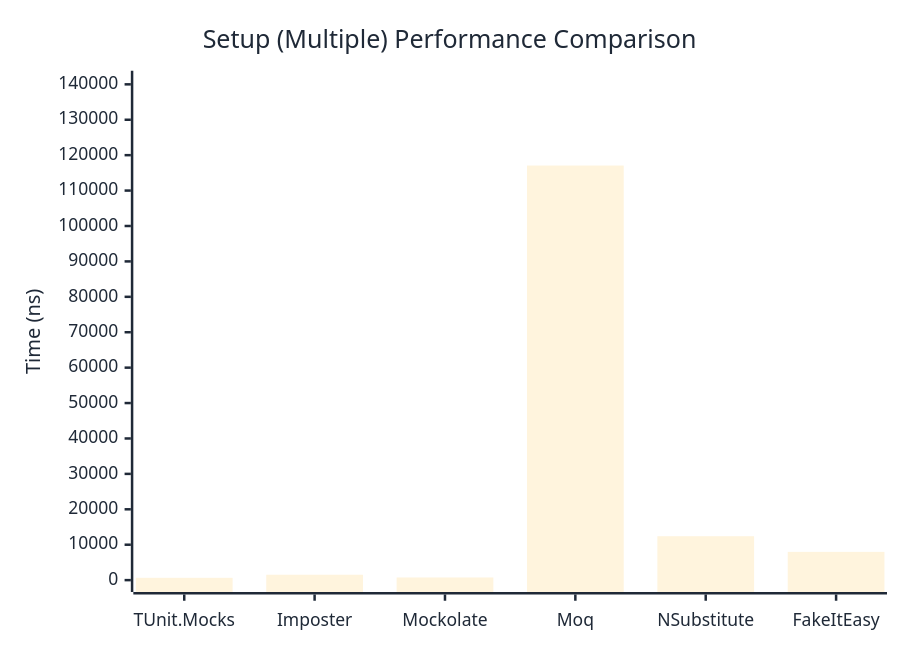
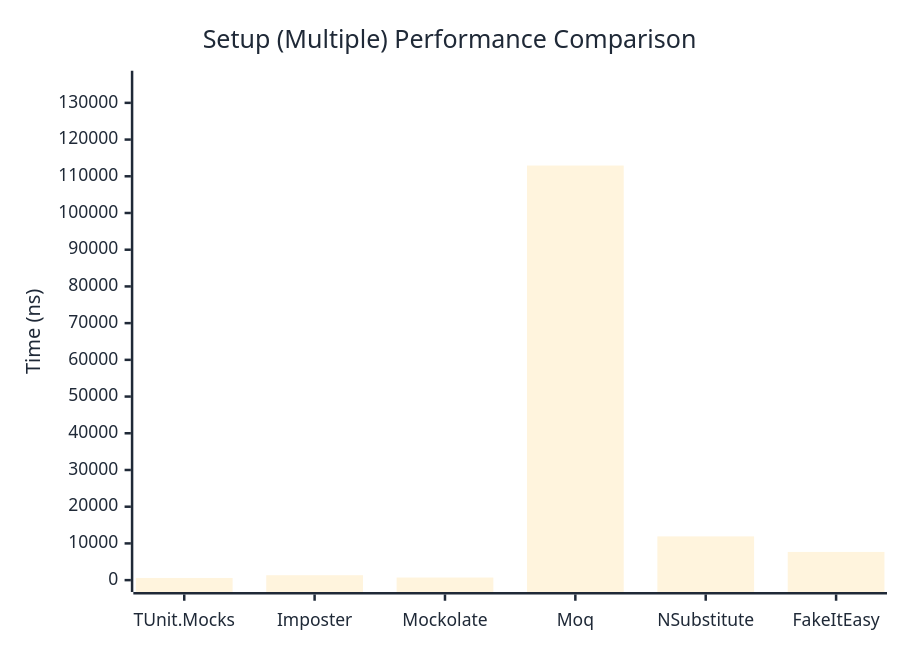
Before and after one commit to thomhurst/TUnit: the second of 2 diagrams in docs/docs/benchmarks/mocks/Setup.md, drawn with Mermaid. The commit also changed other lines of this file and 14 other files, not shown here.

````diff
--- a/docs/docs/benchmarks/mocks/Setup.md
+++ b/docs/docs/benchmarks/mocks/Setup.md
@@ -69,27 +69,27 @@
 ```mermaid
 %%{init: {
   'theme':'base',
   'themeVariables': {
     'primaryColor': '#2563eb',
     'primaryTextColor': '#1f2937',
     'primaryBorderColor': '#1e40af',
     'lineColor': '#6b7280',
     'secondaryColor': '#7c3aed',
     'tertiaryColor': '#dc2626',
     'background': '#ffffff',
     'pie1': '#2563eb',
     'pie2': '#7c3aed',
     'pie3': '#dc2626',
     'pie4': '#f59e0b',
     'pie5': '#10b981',
     'pie6': '#06b6d4',
     'pie7': '#ec4899',
     'pie8': '#6366f1'
   }
 }}%%
 xychart-beta
   title "Setup (Multiple) Performance Comparison"
   x-axis ["TUnit.Mocks", "Imposter", "Mockolate", "Moq", "NSubstitute", "FakeItEasy"]
-  y-axis "Time (ns)" 0 --> 140484
-  bar [649.6, 1519.3, 747.1, 117070, 12401.2, 7976.4]
+  y-axis "Time (ns)" 0 --> 135511
+  bar [586.1, 1339, 706.7, 112925.5, 11909.3, 7678.7]
 ```
````
